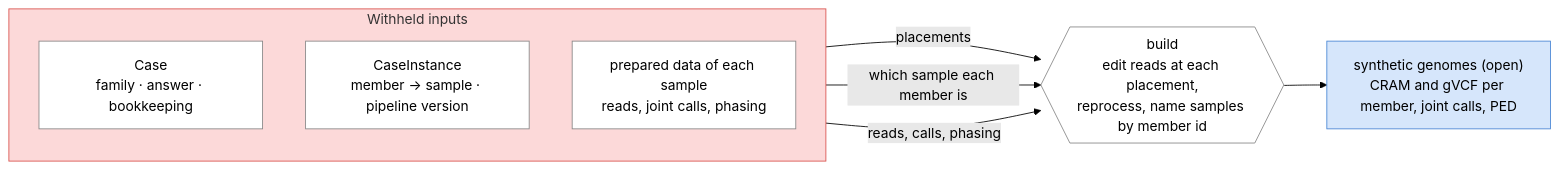
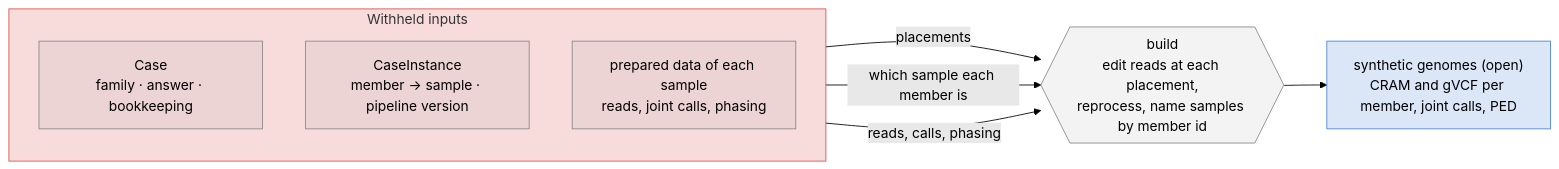
One commit to populationgenomics/rare-disease-benchmark changed the third of 4 diagrams in docs/schema.md. Above: the diagram before and after it, drawn with Mermaid (forest theme). The commit also changed other lines of this file and 6 other files, not shown here.

First line of the commit message:
schema: case instances are the items; diseases take several ids

````diff
--- a/docs/schema.md
+++ b/docs/schema.md
@@ -274,22 +267,22 @@
 ```mermaid
 flowchart LR
     subgraph IN["Withheld inputs"]
         direction TB
         CASE["Case<br/>family · answer · bookkeeping"]
         INST["CaseInstance<br/>member → sample · pipeline version"]
         DATA["prepared data of each sample<br/>reads, joint calls, phasing"]
     end
 
     BUILD{{"build<br/>edit reads at each placement,<br/>reprocess, name samples by member id"}}
 
     FILES["synthetic genomes (open)<br/>CRAM and gVCF per member, joint calls, PED"]
 
     CASE -- "placements" --> BUILD
     INST -- "which sample each member is" --> BUILD
     DATA -- "reads, calls, phasing" --> BUILD
     BUILD --> FILES
 
-    classDef default fill:#ffffff,stroke:#888888
-    style IN fill:#fcd9d9,stroke:#d9534f
-    style FILES fill:#d6e6fb,stroke:#4a86d4
+    classDef default fill:#8888881a,stroke:#888888
+    style IN fill:#d9534f33,stroke:#d9534f
+    style FILES fill:#4a86d433,stroke:#4a86d4
 ```
````
